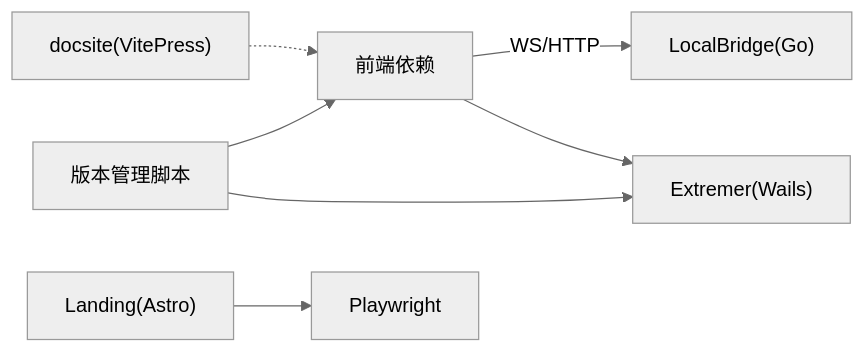
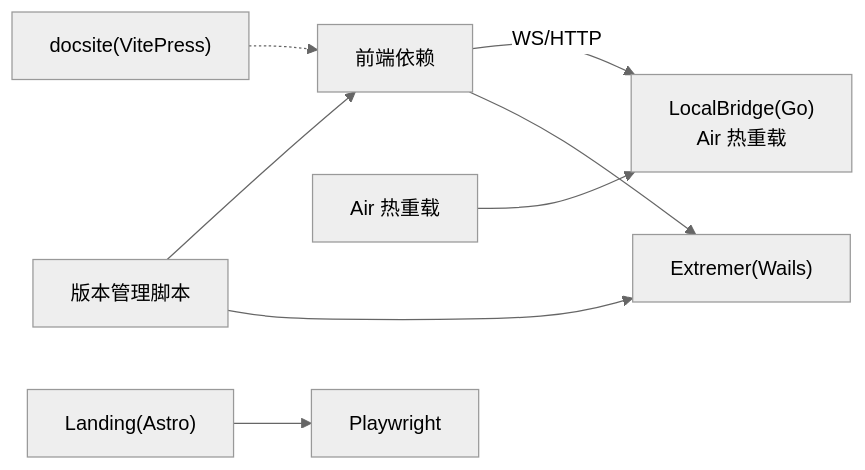
One commit to kqcoxn/MaaPipelineEditor changed the third of 3 diagrams in .qoder/repowiki/zh/content/开发与测试.md. Above: the diagram before and after it, drawn with Mermaid (neutral theme). The commit also changed other lines of this file and 37 other files, not shown here.

````diff
--- a/.qoder/repowiki/zh/content/开发与测试.md
+++ b/.qoder/repowiki/zh/content/开发与测试.md
@@ -380,9 +415,10 @@
 ```mermaid
 graph LR
-FE["前端依赖"] --> |WS/HTTP| LB["LocalBridge(Go)"]
+FE["前端依赖"] --> |WS/HTTP| LB["LocalBridge(Go)<br/>Air 热重载"]
 FE --> EX["Extremer(Wails)"]
 VM["版本管理脚本"] --> FE
 VM --> EX
+AIR["Air 热重载"] --> LB
 LD["Landing(Astro)"] --> PW["Playwright"]
 DS["docsite(VitePress)"] -.-> FE
 ```
````
